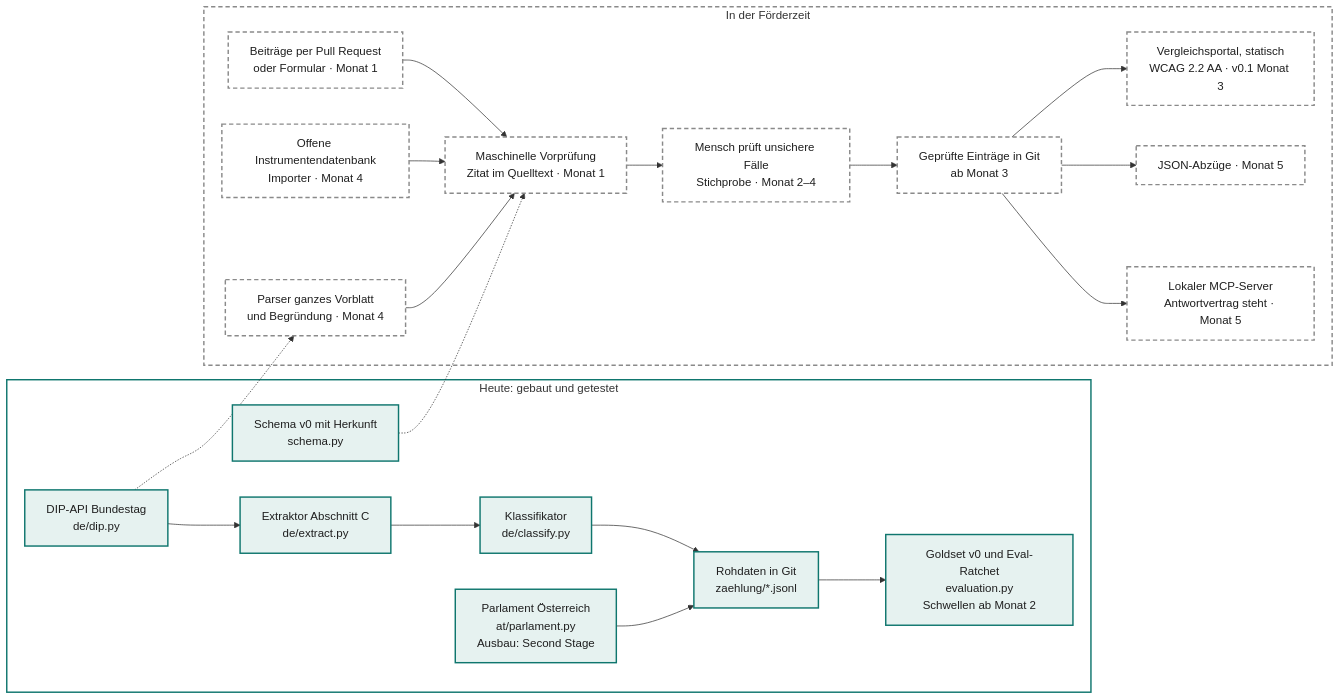
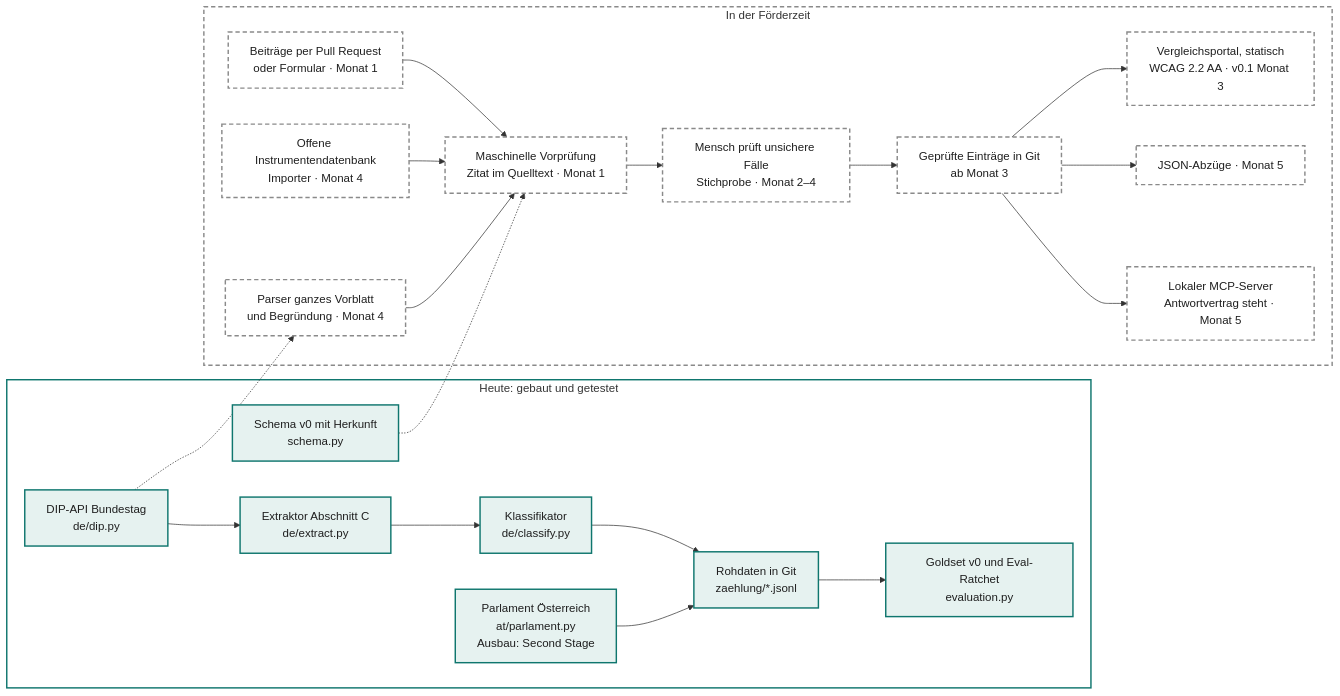
One commit to smarqart-hash/open-policy-navigator changed the first of 5 diagrams in docs/architecture.md. Above: the diagram before and after it, drawn with Mermaid. The commit also changed other lines of this file and 4 other files, not shown here.

First line of the commit message:
feat(eval): confirm gold set v0 and set ratchet thresholds

````diff
--- a/docs/architecture.md
+++ b/docs/architecture.md
@@ -12,41 +12,41 @@
 ```mermaid
 flowchart LR
     classDef built fill:#e6f2f0,stroke:#0f766e,stroke-width:2px,color:#1f1f1f
     classDef planned fill:#ffffff,stroke:#8a8a8a,stroke-width:2px,stroke-dasharray:6 4,color:#1f1f1f
 
     subgraph NOW["Heute: gebaut und getestet"]
         DIP["DIP-API Bundestag<br/>de/dip.py"]:::built
         ATP["Parlament Österreich<br/>at/parlament.py<br/>Ausbau: Second Stage"]:::built
         EXT["Extraktor Abschnitt C<br/>de/extract.py"]:::built
         CLS["Klassifikator<br/>de/classify.py"]:::built
         PAR["Rohdaten in Git<br/>zaehlung/*.jsonl"]:::built
-        EVA["Goldset v0 und Eval-Ratchet<br/>evaluation.py<br/>Schwellen ab Monat 2"]:::built
+        EVA["Goldset v0 und Eval-Ratchet<br/>evaluation.py"]:::built
         SCH["Schema v0 mit Herkunft<br/>schema.py"]:::built
         DIP --> EXT --> CLS --> PAR --> EVA
         ATP --> PAR
     end
 
     subgraph PLAN["In der Förderzeit"]
         BEI["Beiträge per Pull Request<br/>oder Formular · Monat 1"]:::planned
         ODB["Offene Instrumentendatenbank<br/>Importer · Monat 4"]:::planned
         V1["Parser ganzes Vorblatt<br/>und Begründung · Monat 4"]:::planned
         ZIT["Maschinelle Vorprüfung<br/>Zitat im Quelltext · Monat 1"]:::planned
         MEN["Mensch prüft unsichere Fälle<br/>Stichprobe · Monat 2–4"]:::planned
         CUR["Geprüfte Einträge in Git<br/>ab Monat 3"]:::planned
         POR["Vergleichsportal, statisch<br/>WCAG 2.2 AA · v0.1 Monat 3"]:::planned
         JSN["JSON-Abzüge · Monat 5"]:::planned
         MCP["Lokaler MCP-Server<br/>Antwortvertrag steht · Monat 5"]:::planned
         BEI --> ZIT
         ODB --> ZIT
         V1 --> ZIT --> MEN --> CUR
         CUR --> POR
         CUR --> JSN
         CUR --> MCP
     end
 
     DIP -.-> V1
     SCH -.-> ZIT
 
     style NOW fill:transparent,stroke:#0f766e,stroke-width:2px
     style PLAN fill:transparent,stroke:#8a8a8a,stroke-width:2px,stroke-dasharray:6 4
 ```
````
